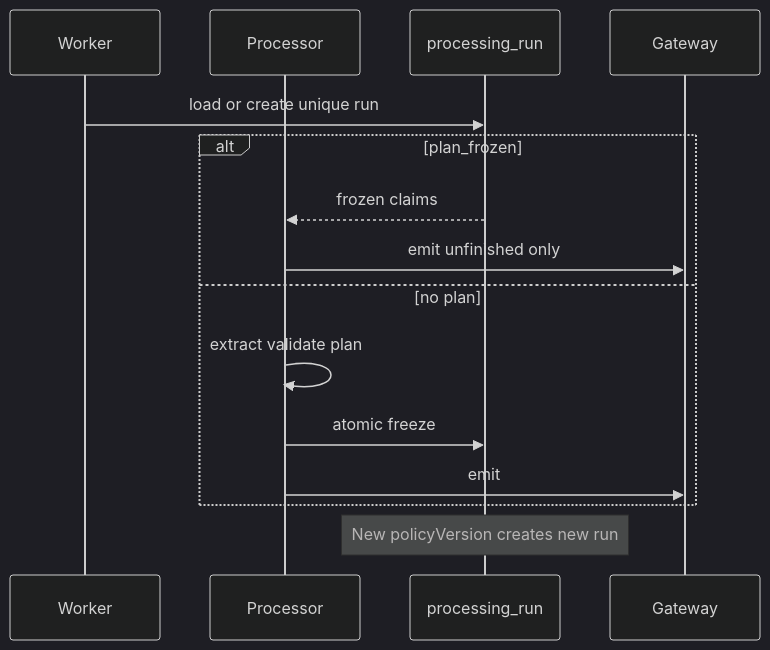
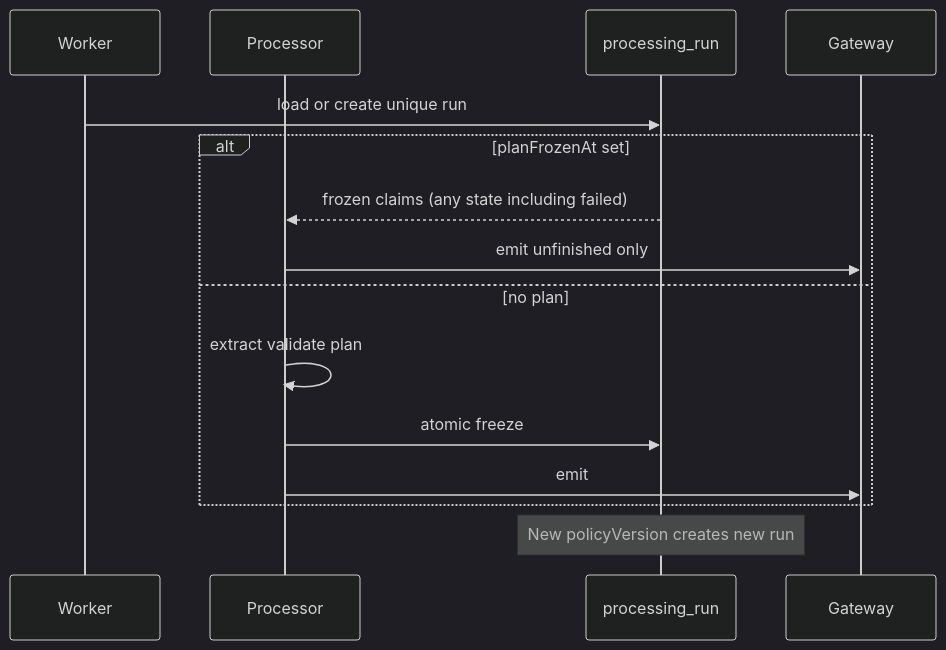
One commit to NicolVii/ContextVault changed diagram 12 of 12 in docs/memory-system/10-memory-processing-design.md. Above: the diagram before and after it, drawn with Mermaid (dark theme). The commit also changed other lines of this file, not shown here.

````diff
--- a/docs/memory-system/10-memory-processing-design.md
+++ b/docs/memory-system/10-memory-processing-design.md
@@ -1295,17 +2152,17 @@
 ```mermaid
 sequenceDiagram
   participant W as Worker
   participant P as Processor
   participant Run as processing_run
   participant G as Gateway
   W->>Run: load or create unique run
-  alt plan_frozen
-    Run-->>P: frozen claims
+  alt planFrozenAt set
+    Run-->>P: frozen claims (any state including failed)
     P->>G: emit unfinished only
   else no plan
     P->>P: extract validate plan
     P->>Run: atomic freeze
     P->>G: emit
   end
   Note over Run: New policyVersion creates new run
 ```
````
